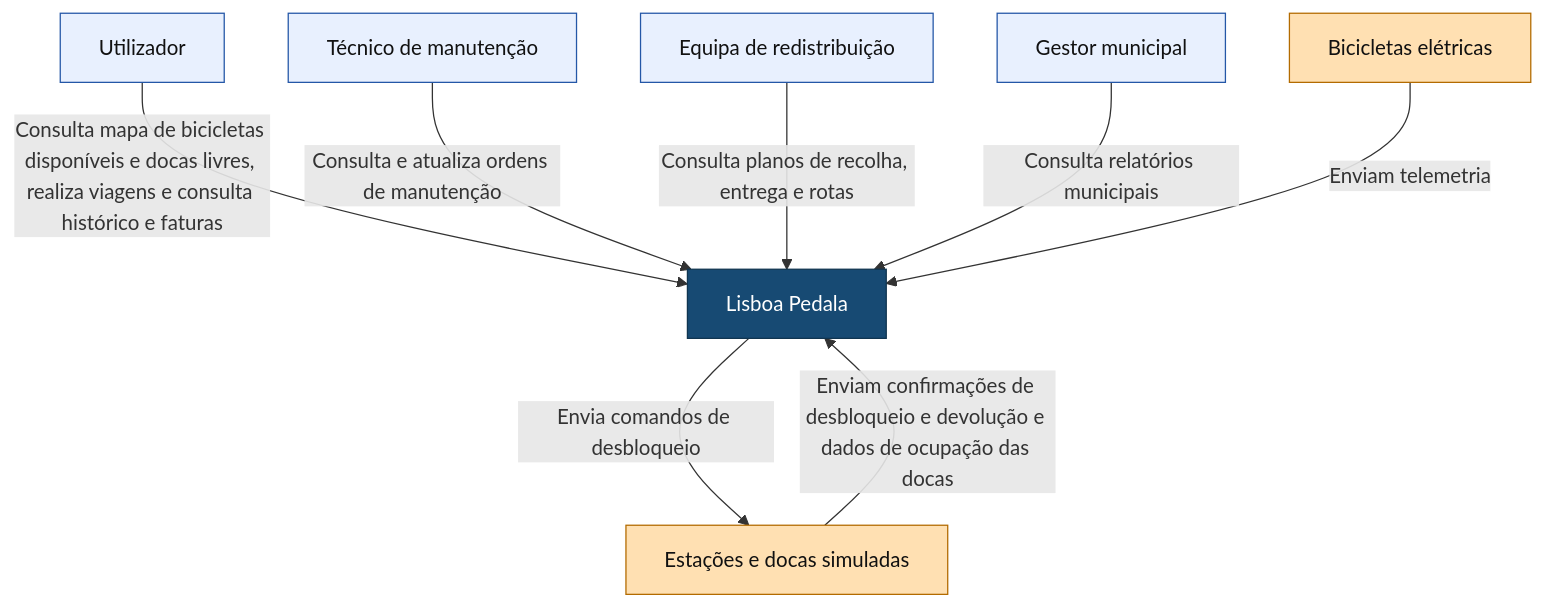
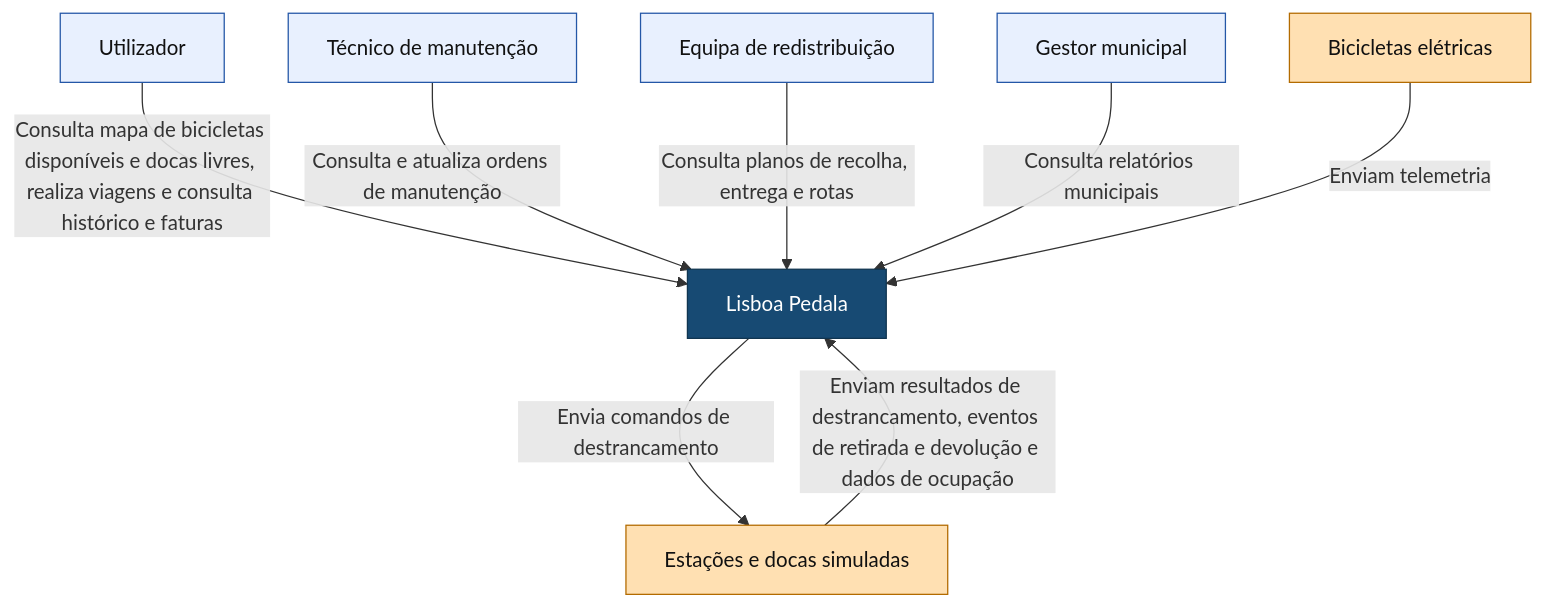
The diagram in docs/diagrams/01-contexto.md (matilde-quiterio/lisboa-pedala), drawn with Mermaid before and after one commit. The commit also changed 3 other files, not shown here.

````diff
--- a/docs/diagrams/01-contexto.md
+++ b/docs/diagrams/01-contexto.md
@@ -5,29 +5,29 @@
 ```mermaid
 flowchart TB
     U["Utilizador"]
     T["Técnico de manutenção"]
     E["Equipa de redistribuição"]
     G["Gestor municipal"]
 
     S["Lisboa Pedala"]
 
     D["Estações e docas simuladas"]
     B["Bicicletas elétricas"]
 
     U -->|Consulta mapa de bicicletas disponíveis e docas livres, realiza viagens e consulta histórico e faturas| S
     T -->|Consulta e atualiza ordens de manutenção| S
     E -->|Consulta planos de recolha, entrega e rotas| S
     G -->|Consulta relatórios municipais| S
 
-    S -->|Envia comandos de desbloqueio| D
-    D -->|Enviam confirmações de desbloqueio e devolução e dados de ocupação das docas| S
+    S -->|Envia comandos de destrancamento| D
+    D -->|Enviam resultados de destrancamento, eventos de retirada e devolução e dados de ocupação| S
     B -->|Enviam telemetria| S
 
     classDef pessoa fill:#e8f0fe,stroke:#2457a7,color:#111;
     classDef sistema fill:#174a73,stroke:#103550,color:#fff;
     classDef equipamento fill:#ffe0b2,stroke:#b36b00,color:#111;
 
     class U,T,E,G pessoa;
     class S sistema;
     class D,B equipamento;
 ```
````
